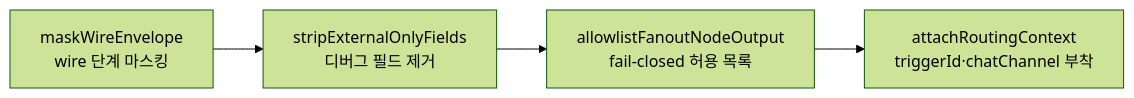
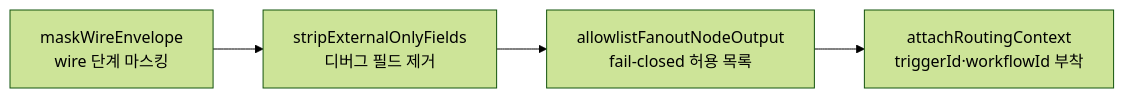
Before and after one commit to worker-ants/clemvion: the diagram in spec/CLE-API/CLE-API-EGRESS-PIPELINE.md, drawn with Mermaid (forest theme). The commit also changed other lines of this file, not shown here.

````diff
--- a/spec/CLE-API/CLE-API-EGRESS-PIPELINE.md
+++ b/spec/CLE-API/CLE-API-EGRESS-PIPELINE.md
@@ -80,6 +80,6 @@
 ```mermaid
 flowchart LR
   A[maskWireEnvelope<br/>wire 단계 마스킹] --> B[stripExternalOnlyFields<br/>디버그 필드 제거]
   B --> C[allowlistFanoutNodeOutput<br/>fail-closed 허용 목록]
-  C --> D[attachRoutingContext<br/>triggerId·chatChannel 부착]
+  C --> D[attachRoutingContext<br/>triggerId·workflowId 부착]
 ```
````
